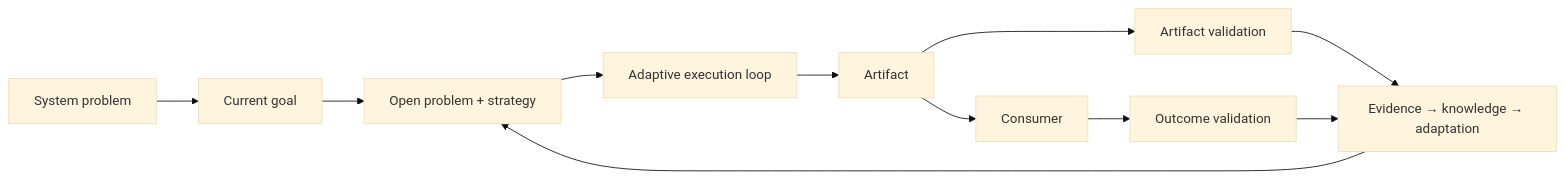
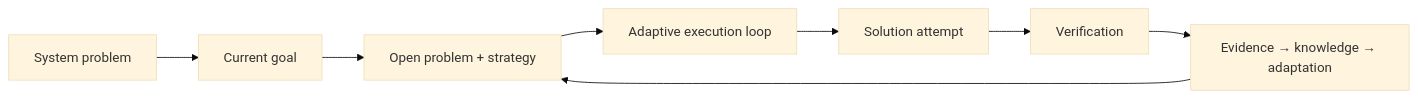
Before and after one commit to flooper68/adaptive-problem-solving-systems: the fifth of 5 diagrams in framework/VISUALIZATION.md, drawn with Mermaid (base theme). The commit also changed other lines of this file and 96 other files, not shown here.

````diff
--- a/framework/VISUALIZATION.md
+++ b/framework/VISUALIZATION.md
@@ -115,13 +111,10 @@
 ```mermaid
 flowchart LR
     problem["System problem"] --> goal["Current goal"]
     goal --> openProblem["Open problem + strategy"]
     openProblem --> process["Adaptive execution loop"]
-    process --> artifact["Artifact"]
-    artifact --> consumer["Consumer"]
-    artifact --> artifactCheck["Artifact validation"]
-    consumer --> outcomeCheck["Outcome validation"]
-    artifactCheck --> learning["Evidence → knowledge → adaptation"]
-    outcomeCheck --> learning
+    process --> attempt["Solution attempt"]
+    attempt --> verification["Verification"]
+    verification --> learning["Evidence → knowledge → adaptation"]
     learning --> openProblem
 ```
````
